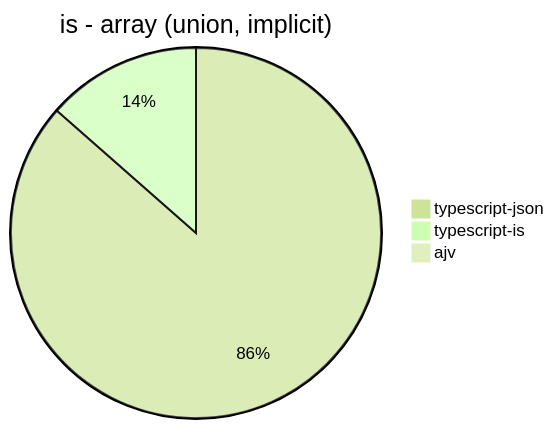
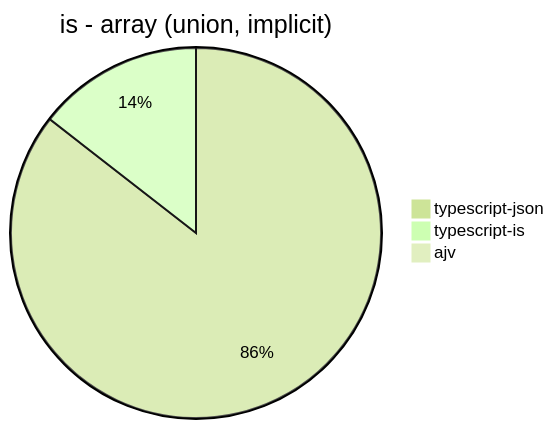
Before and after one commit to samchon/typia: diagram 13 of 30 in benchmark/results/Apple M1.md, drawn with Mermaid (forest theme). The commit also changed other lines of this file, not shown here.

````diff
--- a/benchmark/results/Apple M1.md
+++ b/benchmark/results/Apple M1.md
@@ -124,6 +125,6 @@
 ```mermaid
 pie title is - array (union, implicit)
-  "typescript-json": 8551.9863143889
-  "typescript-is": 1337.1094463731044
+  "typescript-json": 8036.165002825391
+  "typescript-is": 1359.852670349908
   "ajv": 0
 ```
````
